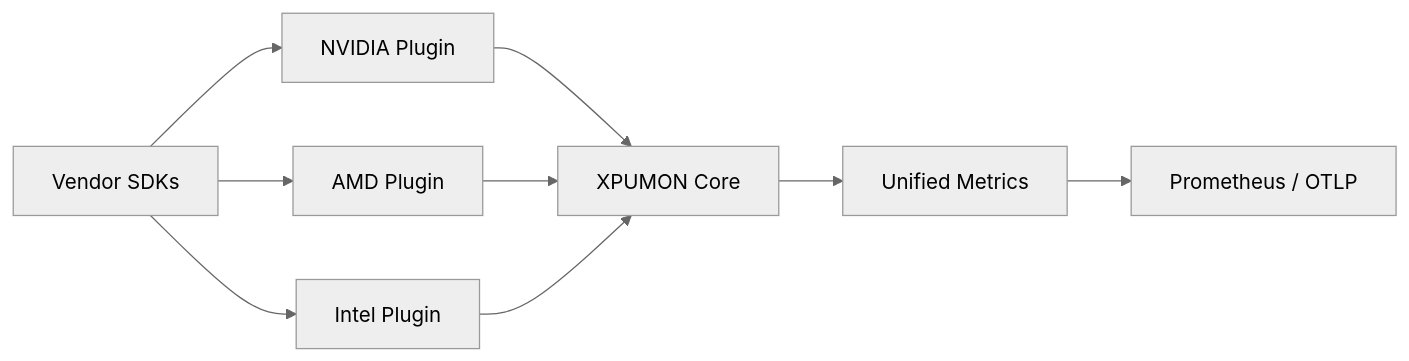
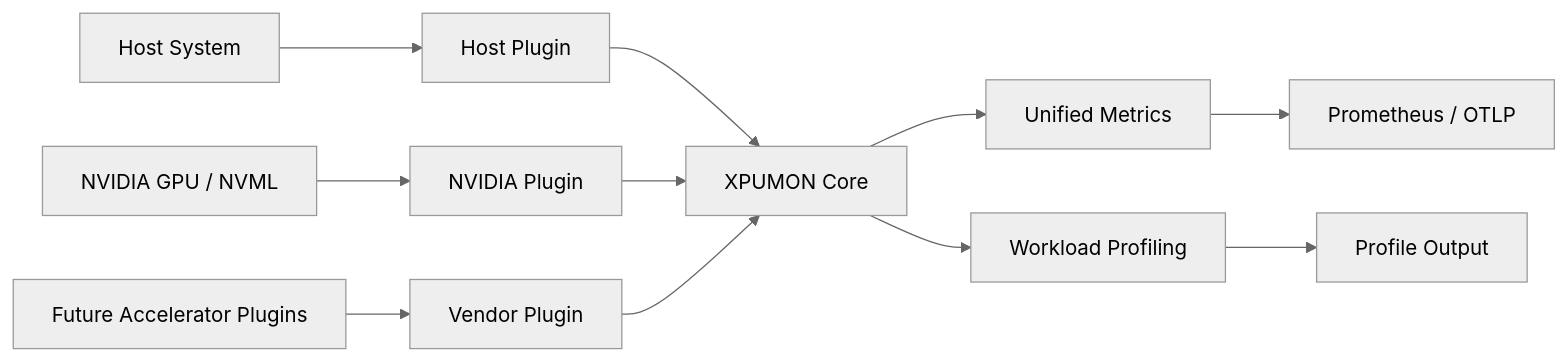
The first of 3 diagrams in README.md (hdimmfh/xpu-monitor-agent), drawn with Mermaid (neutral theme) before and after one commit. The commit also changed other lines of this file, not shown here.

````diff
--- a/README.md
+++ b/README.md
@@ -5,17 +7,20 @@
 ```mermaid
 flowchart LR
+    HOST["Host System"]
+    NVIDIA["NVIDIA GPU / NVML"]
+    FUTURE["Future Accelerator Plugins"]
 
-    SDK["Vendor SDKs"]
-    SDK --> NVIDIA["NVIDIA Plugin"]
-    SDK --> AMD["AMD Plugin"]
-    SDK --> INTEL["Intel Plugin"]
+    HOST --> HOST_PLUGIN["Host Plugin"]
+    NVIDIA --> NVIDIA_PLUGIN["NVIDIA Plugin"]
+    FUTURE --> FUTURE_PLUGIN["Vendor Plugin"]
 
-    NVIDIA --> Core
-    AMD --> Core
-    INTEL --> Core
+    HOST_PLUGIN --> CORE["XPUMON Core"]
+    NVIDIA_PLUGIN --> CORE
+    FUTURE_PLUGIN --> CORE
 
-    Core["XPUMON Core"]
+    CORE --> METRICS["Unified Metrics"]
+    CORE --> PROFILER["Workload Profiling"]
 
-    Core --> Metrics["Unified Metrics"]
-    Metrics --> Export["Prometheus / OTLP"]
+    METRICS --> EXPORT["Prometheus / OTLP"]
+    PROFILER --> OUTPUT["Profile Output"]
 ```
````
